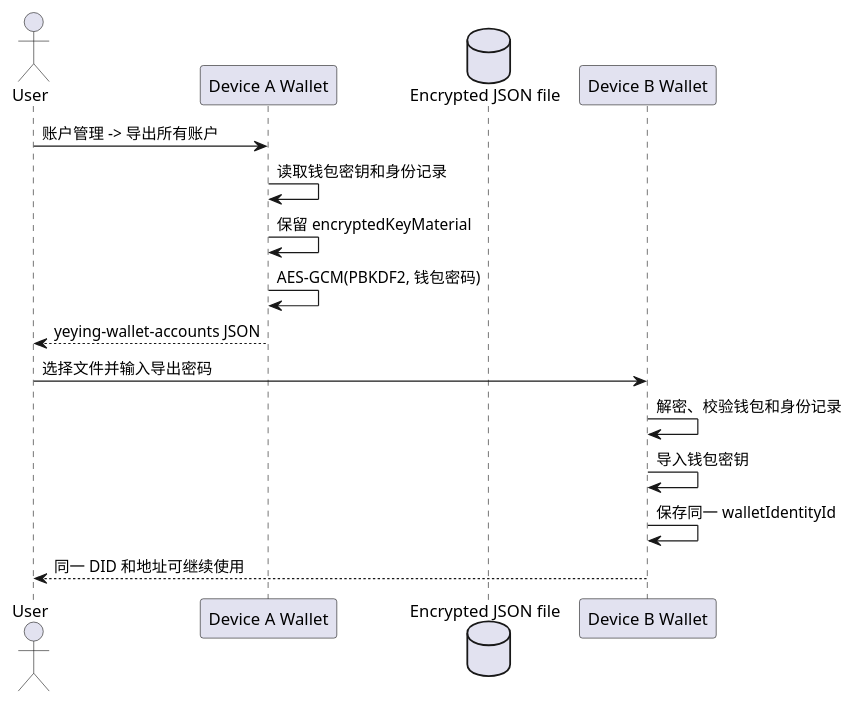
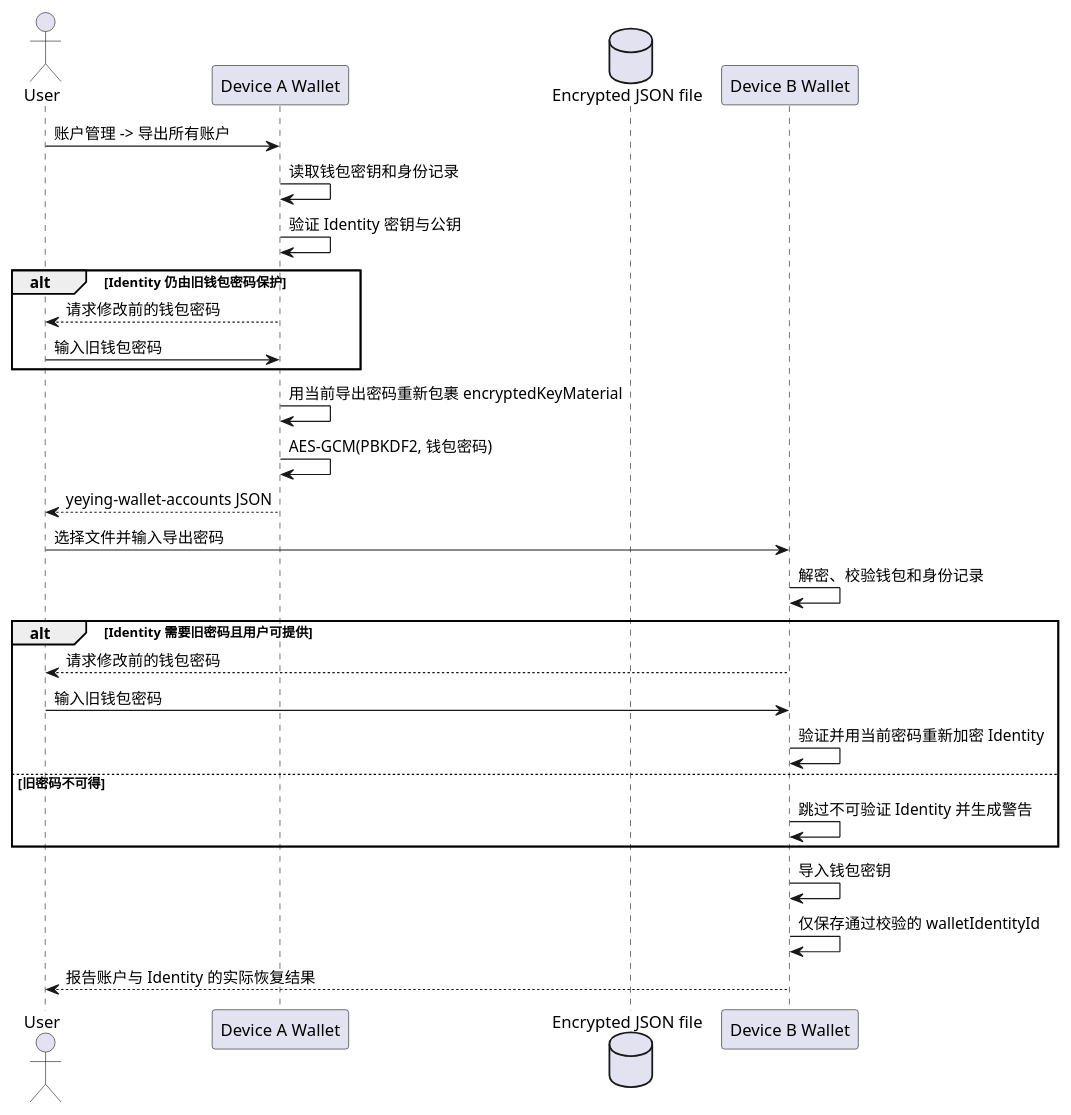
Before and after one commit to yeying-community/wallet: the first of 4 diagrams in docs/钱包安全/密钥安全.md, drawn with PlantUML. The commit also changed other lines of this file and 9 other files, not shown here.

Commit message:
fix(wallet): recover accounts from legacy identity backups

````diff
--- a/docs/钱包安全/密钥安全.md
+++ b/docs/钱包安全/密钥安全.md
@@ -120,19 +128,31 @@
 ```plantuml
 @startuml encrypted-wallet-backup
 actor User
 participant "Device A Wallet" as Old
 database "Encrypted JSON file" as File
 participant "Device B Wallet" as New
 
 User -> Old : 账户管理 -> 导出所有账户
 Old -> Old : 读取钱包密钥和身份记录
-Old -> Old : 保留 encryptedKeyMaterial
+Old -> Old : 验证 Identity 密钥与公钥
+alt Identity 仍由旧钱包密码保护
+  Old --> User : 请求修改前的钱包密码
+  User -> Old : 输入旧钱包密码
+end
+Old -> Old : 用当前导出密码重新包裹 encryptedKeyMaterial
 Old -> Old : AES-GCM(PBKDF2, 钱包密码)
 Old --> User : yeying-wallet-accounts JSON
 User -> New : 选择文件并输入导出密码
 New -> New : 解密、校验钱包和身份记录
+alt Identity 需要旧密码且用户可提供
+  New --> User : 请求修改前的钱包密码
+  User -> New : 输入旧钱包密码
+  New -> New : 验证并用当前密码重新加密 Identity
+else 旧密码不可得
+  New -> New : 跳过不可验证 Identity 并生成警告
+end
 New -> New : 导入钱包密钥
-New -> New : 保存同一 walletIdentityId
-New --> User : 同一 DID 和地址可继续使用
+New -> New : 仅保存通过校验的 walletIdentityId
+New --> User : 报告账户与 Identity 的实际恢复结果
 @enduml
 ```
````
